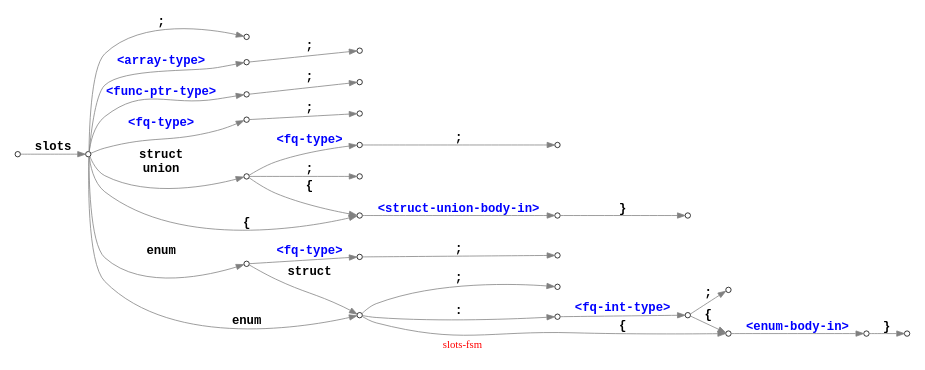
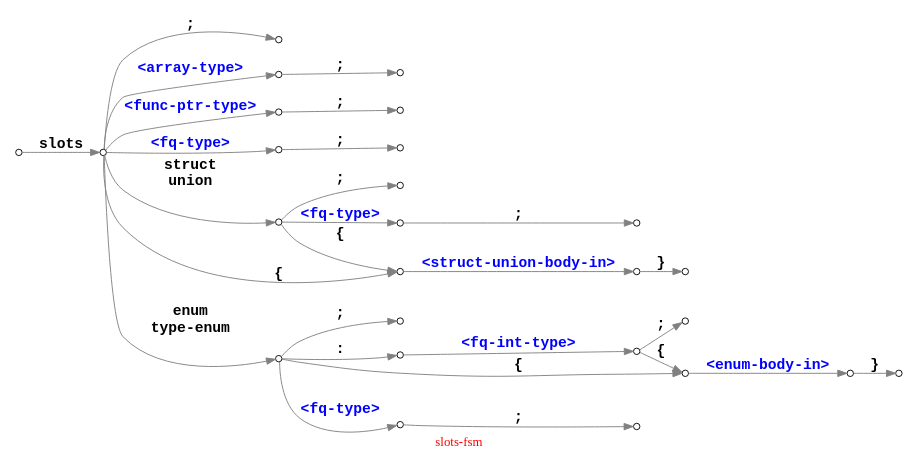
Before and after one commit to Ayyzee/dakota: the diagram in slots-fsm.dot, drawn with Graphviz.

Commit message:
Updated slots-fsm.dot to use 'type-enum' rather than 'enum struct'.

```diff
--- a/slots-fsm.dot
+++ b/slots-fsm.dot
@@ -1,72 +1,70 @@
 // -*- mode: c++ -*-
 
 // slots <array-type>        ;        =>  typealias   slots-t = <array-type>      ;
 // slots <func-ptr-type>     ;        =>  typealias   slots-t = <func-ptr-type>   ;
 
 // slots             <>      ;        =>  typealias   slots-t =        <>         ;
 // slots struct      <>      ;        =>  typealias   slots-t = struct <>         ;
 // slots union       <>      ;        =>  typealias   slots-t = union  <>         ;
 // slots enum        <>      ;        =>  typealias   slots-t = enum   <>         ;
 
 // slots                     ;        =>  struct      slots-t                     ;
 // slots                     { ... }  =>  struct      slots-t                     { ... }
 
 // slots struct              ;        =>  struct      slots-t                     ;
 // slots struct              { ... }  =>  struct      slots-t                     { ... }
 
 // slots union               ;        =>  union       slots-t                     ;
 // slots union               { ... }  =>  union       slots-t                     { ... }
 
 // slots enum                ;        =>  enum        slots-t             : int-t ;
 // slots enum                { ... }  =>  enum        slots-t             : int-t { ... }
 //
 // slots enum           : <> ;        =>  enum        slots-t             : <>    ;
 // slots enum           : <> { ... }  =>  enum        slots-t             : <>    { ... }
 
-// slots enum struct         ;        =>  enum struct slots-t                     ;
-// slots enum struct         { ... }  =>  enum struct slots-t                     { ... }
+// slots type-enum           ;        =>  enum struct slots-t                     ;
+// slots type-enum           { ... }  =>  enum struct slots-t                     { ... }
 //
-// slots enum struct    : <> ;        =>  enum struct slots-t             : <>    ;
-// slots enum struct    : <> { ... }  =>  enum struct slots-t             : <>    { ... }
+// slots type-enum      : <> ;        =>  enum struct slots-t             : <>    ;
+// slots type-enum      : <> { ... }  =>  enum struct slots-t             : <>    { ... }
 
 digraph "slots-fsm" {
   graph [ rankdir = LR, label = "\G", fontcolor = red ];
   //graph [ page = "8.5,11" ];
   graph [ size = "7.5,10" ];
   edge [ fontsize = 16, fontname = "courier-bold", color = grey ];
   node [ shape = circle, fontsize = 12, width = 0.3, fixedsize = true ];
   node [ label = "", width = 0.1 ];
 
   000 -> 010 [ label = "slots" ];
 
   010 -> 015 [ label = ";" ];
   010 -> 141 [ label = "<array-type>", fontcolor = blue ];
   010 -> 142 [ label = "<func-ptr-type>", fontcolor = blue ];
   010 -> 140 [ label = "<fq-type>", fontcolor = blue ];
   140 -> 145 [ label = ";" ];
   141 -> 146 [ label = ";" ];
   142 -> 147 [ label = ";" ];
 
   010 -> 100 [ label = "struct\nunion" ];
   010 -> 110 [ label = "{" ];
   100 -> 110 [ label = "{" ];
   100 -> 105 [ label = ";" ];
   100 -> 150 [ label = "<fq-type>", fontcolor = blue ];
   150 -> 160 [ label = ";" ];
   110 -> 120 [ label = "<struct-union-body-in>", fontcolor = blue ];
   120 -> 130 [ label = "}" ];
 
-  010 -> 020 [ label = "enum" ];
-  020 -> 170 [ label = "<fq-type>", fontcolor = blue ];
+  030 -> 170 [ label = "<fq-type>", fontcolor = blue ];
   170 -> 180 [ label = ";" ];
   030 -> 035 [ label = ";" ];
-  010 -> 030 [ label = "enum" ];
-  020 -> 030 [ label = "struct" ];
+  010 -> 030 [ label = "enum\ntype-enum" ];
   030 -> 040 [ label = ":" ];
   030 -> 060 [ label = "{" ];
   040 -> 050 [ label = "<fq-int-type>", fontcolor = blue ];
   050 -> 060 [ label = "{" ];
   050 -> 055 [ label = ";" ];
   060 -> 070 [ label = "<enum-body-in>", fontcolor = blue ];
   070 -> 080 [ label = "}" ];
 }
```
